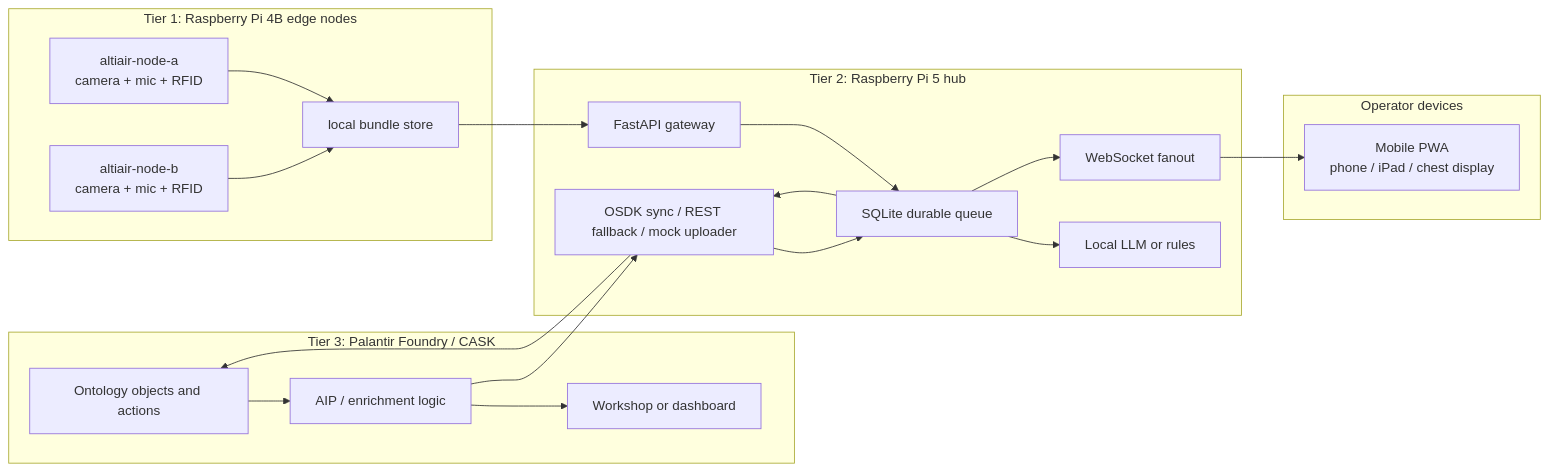
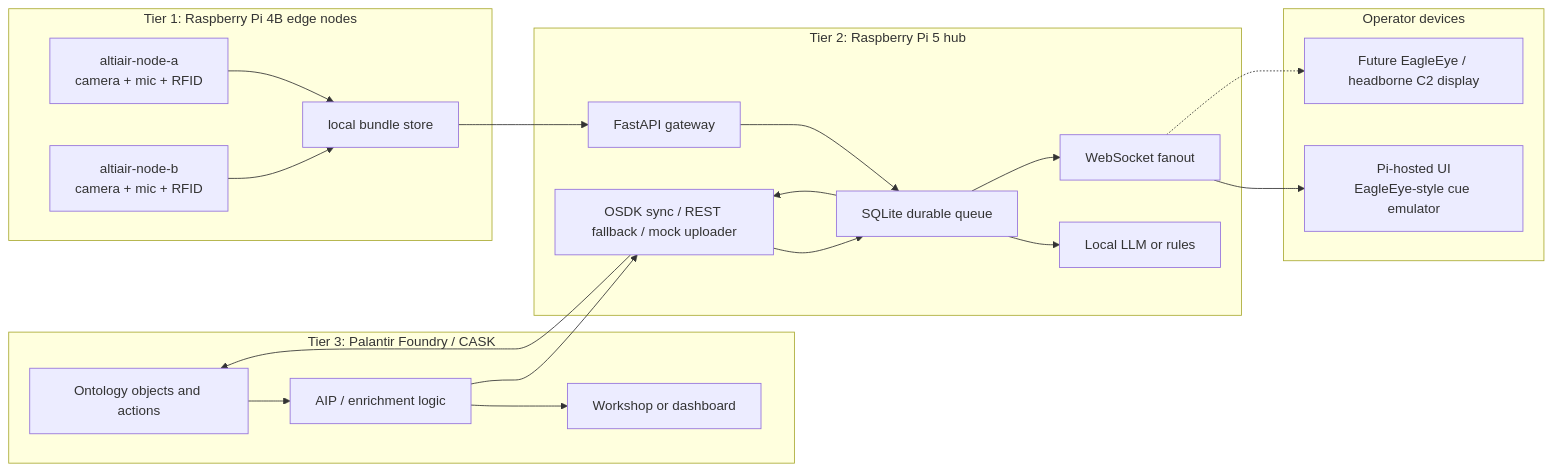
Before and after one commit to digitalnomd/altiair: the diagram in README.md, drawn with Mermaid. The commit also changed other lines of this file and 1 other file, not shown here.

Commit message:
Add counter-UAS EagleEye cueing plan

````diff
--- a/README.md
+++ b/README.md
@@ -100,40 +132,42 @@
 ```mermaid
 flowchart LR
   subgraph Foundry["Tier 3: Palantir Foundry / CASK"]
     Ontology["Ontology objects and actions"]
     AIP["AIP / enrichment logic"]
     Workshop["Workshop or dashboard"]
   end
 
   subgraph Hub["Tier 2: Raspberry Pi 5 hub"]
     API["FastAPI gateway"]
     DB["SQLite durable queue"]
     LLM["Local LLM or rules"]
     Uploader["OSDK sync / REST fallback / mock uploader"]
     Fanout["WebSocket fanout"]
   end
 
   subgraph Edge["Tier 1: Raspberry Pi 4B edge nodes"]
     NodeA["altiair-node-a\ncamera + mic + RFID"]
     NodeB["altiair-node-b\ncamera + mic + RFID"]
     Queue["local bundle store"]
   end
 
   subgraph UI["Operator devices"]
-    PWA["Mobile PWA\nphone / iPad / chest display"]
+    PWA["Pi-hosted UI\nEagleEye-style cue emulator"]
+    EagleEye["Future EagleEye / headborne C2 display"]
   end
 
   NodeA --> Queue
   NodeB --> Queue
   Queue --> API
   API --> DB
   DB --> LLM
   DB --> Uploader
   Uploader --> Ontology
   Ontology --> AIP
   AIP --> Workshop
   AIP --> Uploader
   Uploader --> DB
   Fanout --> PWA
+  Fanout -.-> EagleEye
   DB --> Fanout
 ```
````
